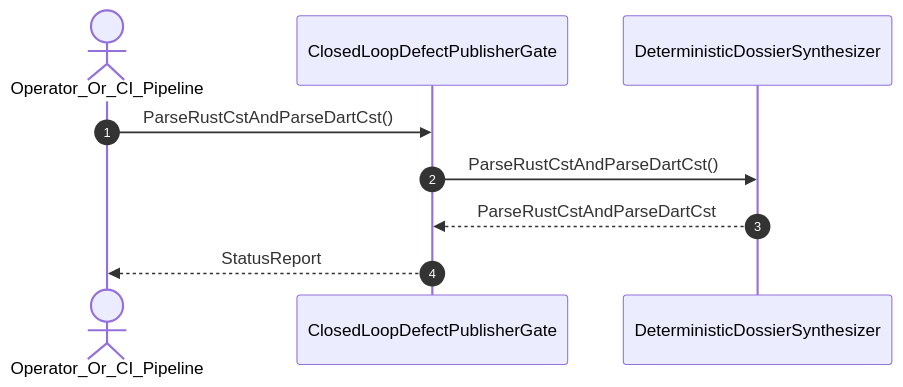
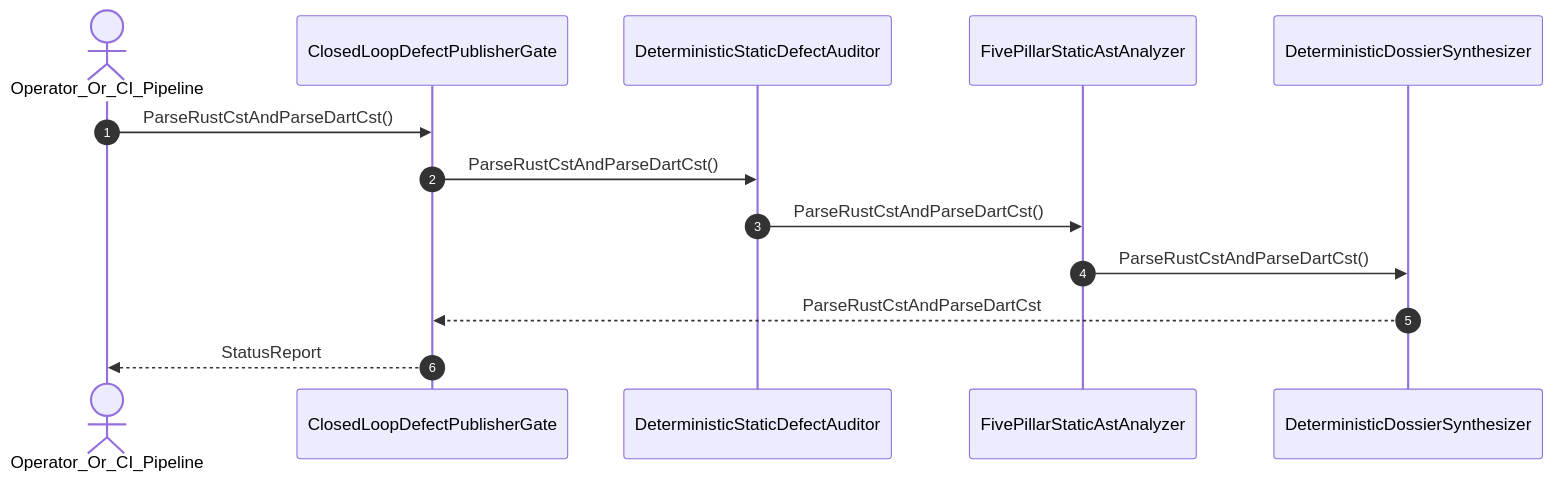
The diagram in .pipeline/upstream/docs/user-stories/US-38-ParseRustCstAndParseDartCst.md (gintatkinson/DEAP01-spec-core), drawn with Mermaid before and after one commit. The commit also changed other lines of this file and 225 other files, not shown here.

````diff
--- a/.pipeline/upstream/docs/user-stories/US-38-ParseRustCstAndParseDartCst.md
+++ b/.pipeline/upstream/docs/user-stories/US-38-ParseRustCstAndParseDartCst.md
@@ -38,11 +39,15 @@
 ```mermaid
 sequenceDiagram
     autonumber
     actor Operator_Or_CI_Pipeline
     participant ClosedLoopDefectPublisherGate
+    participant DeterministicStaticDefectAuditor
+    participant FivePillarStaticAstAnalyzer
     participant DeterministicDossierSynthesizer
     Operator_Or_CI_Pipeline->>ClosedLoopDefectPublisherGate: ParseRustCstAndParseDartCst()
-    ClosedLoopDefectPublisherGate->>DeterministicDossierSynthesizer: ParseRustCstAndParseDartCst()
+    ClosedLoopDefectPublisherGate->>DeterministicStaticDefectAuditor: ParseRustCstAndParseDartCst()
+    DeterministicStaticDefectAuditor->>FivePillarStaticAstAnalyzer: ParseRustCstAndParseDartCst()
+    FivePillarStaticAstAnalyzer->>DeterministicDossierSynthesizer: ParseRustCstAndParseDartCst()
     DeterministicDossierSynthesizer-->>ClosedLoopDefectPublisherGate: ParseRustCstAndParseDartCst
     ClosedLoopDefectPublisherGate-->>Operator_Or_CI_Pipeline: StatusReport
 ```
````
